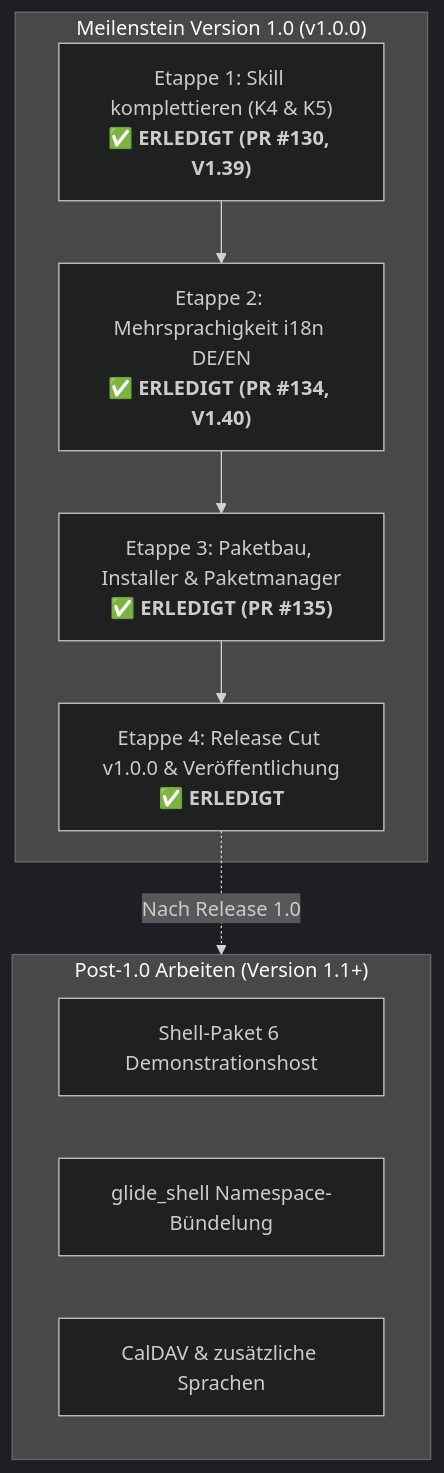
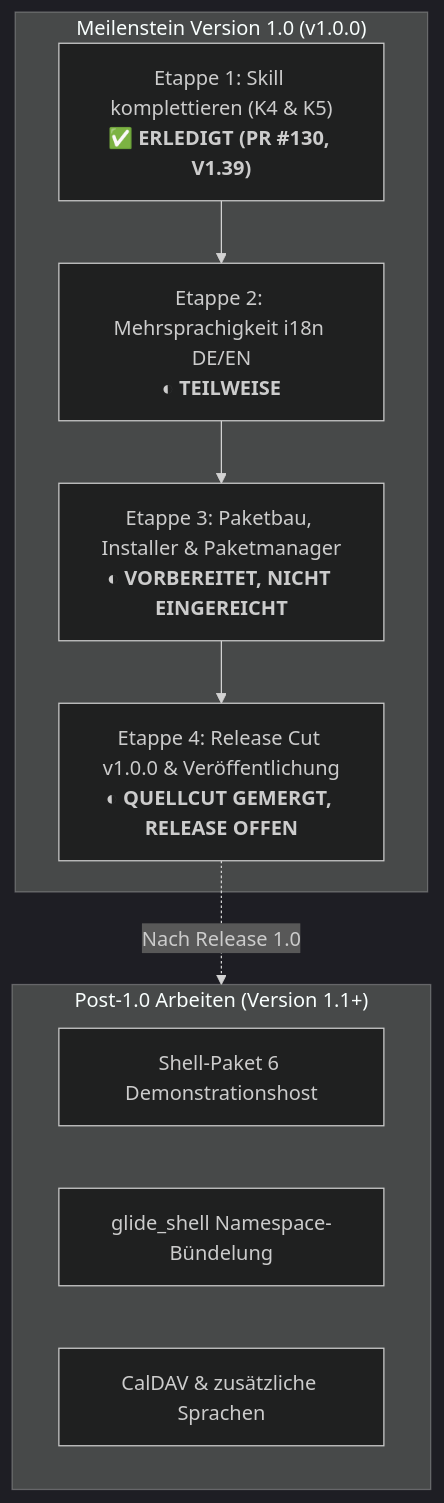
One commit to n05a-design/glide-to-do changed the second of 2 diagrams in 00_Arbeitsvorbereitung/Glide_Uebergabe.md. Above: the diagram before and after it, drawn with Mermaid (dark theme). The commit also changed other lines of this file and 14 other files, not shown here.

````diff
--- a/00_Arbeitsvorbereitung/Glide_Uebergabe.md
+++ b/00_Arbeitsvorbereitung/Glide_Uebergabe.md
@@ -87,18 +89,18 @@
 ```mermaid
 flowchart TD
     subgraph MEILENSTEIN ["Meilenstein Version 1.0 (v1.0.0)"]
         E1["Etappe 1: Skill komplettieren (K4 & K5)<br/><b>✅ ERLEDIGT (PR #130, V1.39)</b>"]
-        E2["Etappe 2: Mehrsprachigkeit i18n DE/EN<br/><b>✅ ERLEDIGT (PR #134, V1.40)</b>"]
-        E3["Etappe 3: Paketbau, Installer & Paketmanager<br/><b>✅ ERLEDIGT (PR #135)</b>"]
-        E4["Etappe 4: Release Cut v1.0.0 & Veröffentlichung<br/><b>✅ ERLEDIGT</b>"]
+        E2["Etappe 2: Mehrsprachigkeit i18n DE/EN<br/><b>◐ TEILWEISE</b>"]
+        E3["Etappe 3: Paketbau, Installer & Paketmanager<br/><b>◐ VORBEREITET, NICHT EINGEREICHT</b>"]
+        E4["Etappe 4: Release Cut v1.0.0 & Veröffentlichung<br/><b>◐ QUELLCUT GEMERGT, RELEASE OFFEN</b>"]
         E1 --> E2 --> E3 --> E4
     end
 
     subgraph POST ["Post-1.0 Arbeiten (Version 1.1+)"]
         P1["Shell-Paket 6 Demonstrationshost"]
         P2["glide_shell Namespace-Bündelung"]
         P3["CalDAV & zusätzliche Sprachen"]
     end
 
     E4 -.->|Nach Release 1.0| POST
 ```
````
